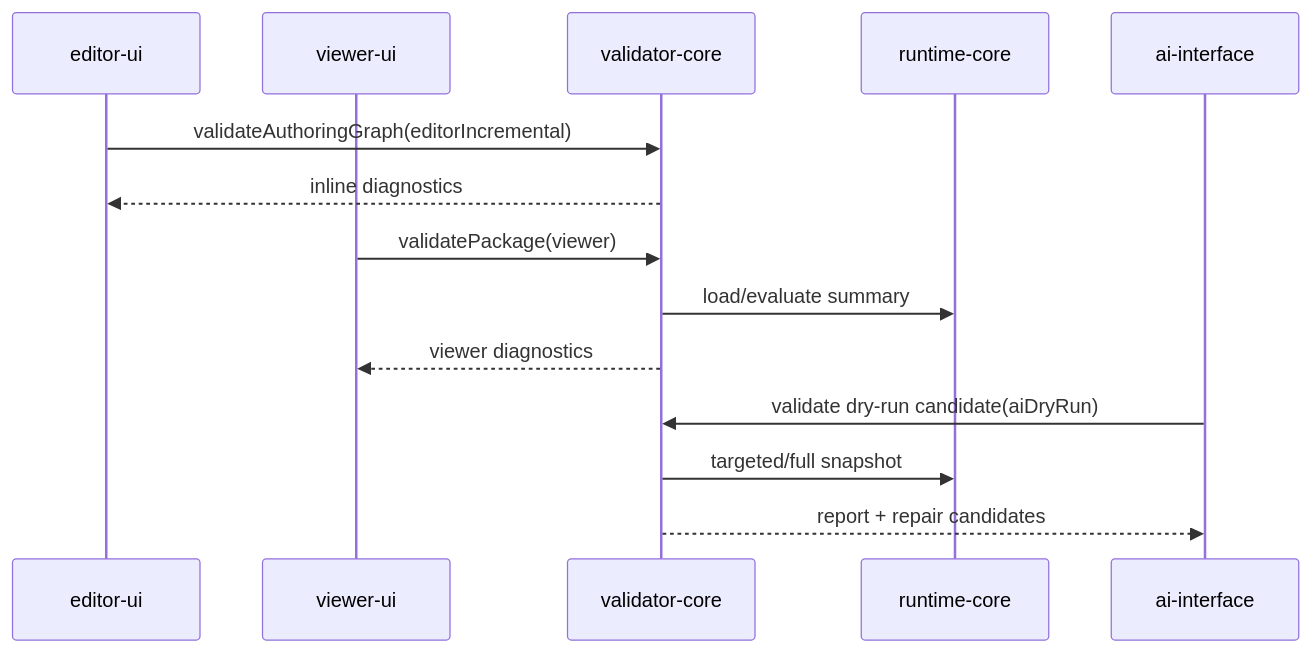
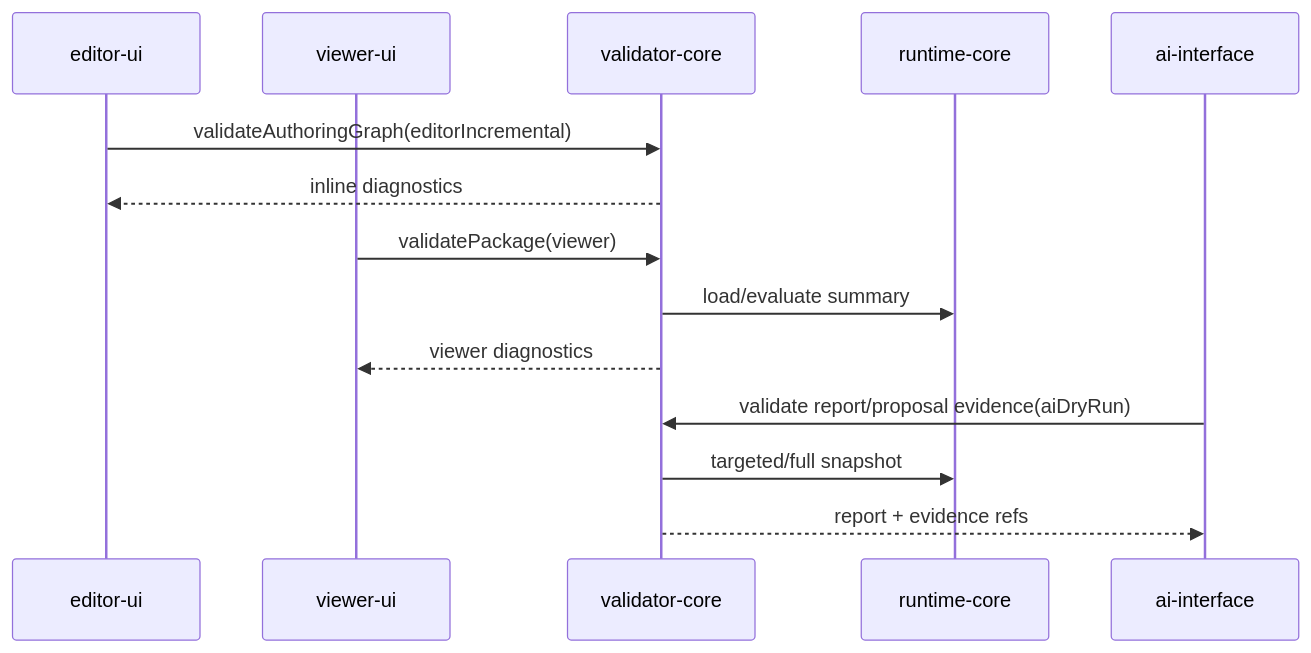
The second of 2 diagrams in discussion/design/module-contracts/validator-contract.md (remie-code/2d-rigging-lab), drawn with Mermaid before and after one commit. The commit also changed other lines of this file and 23 other files, not shown here.

````diff
--- a/discussion/design/module-contracts/validator-contract.md
+++ b/discussion/design/module-contracts/validator-contract.md
@@ -402,17 +471,17 @@
 ```mermaid
 sequenceDiagram
   participant Editor as editor-ui
   participant Viewer as viewer-ui
   participant Validator as validator-core
   participant Runtime as runtime-core
   participant AI as ai-interface
 
   Editor->>Validator: validateAuthoringGraph(editorIncremental)
   Validator-->>Editor: inline diagnostics
   Viewer->>Validator: validatePackage(viewer)
   Validator->>Runtime: load/evaluate summary
   Validator-->>Viewer: viewer diagnostics
-  AI->>Validator: validate dry-run candidate(aiDryRun)
+  AI->>Validator: validate report/proposal evidence(aiDryRun)
   Validator->>Runtime: targeted/full snapshot
-  Validator-->>AI: report + repair candidates
+  Validator-->>AI: report + evidence refs
 ```
````
